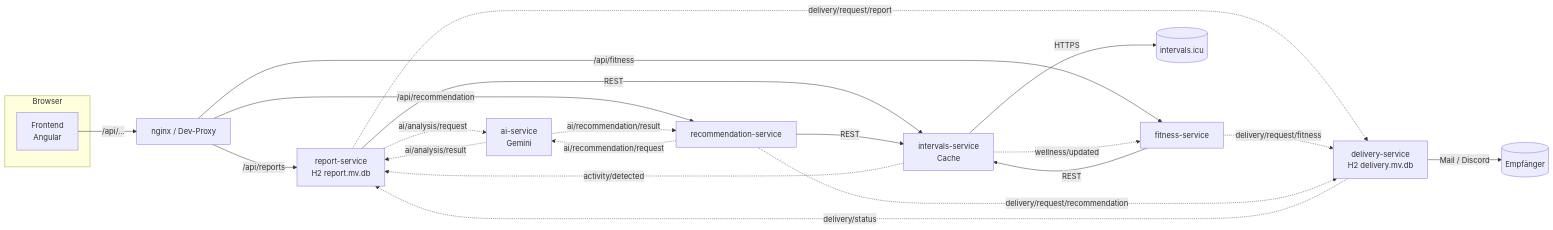
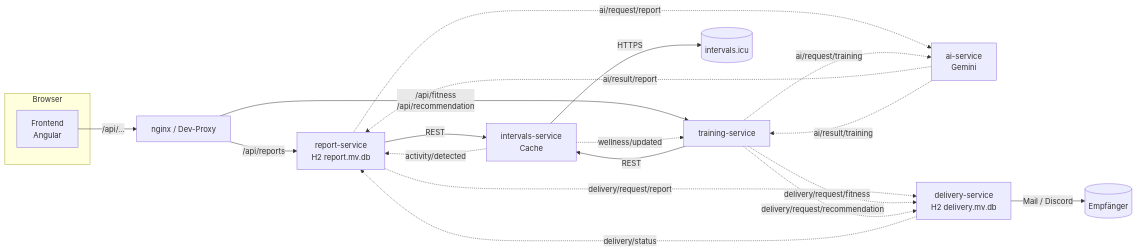
One commit to KlinkerD/Cycling_AI_Analyzer changed the first of 5 diagrams in docs/datenfluesse.md. Above: the diagram before and after it, drawn with Mermaid. The commit also changed other lines of this file and 145 other files, not shown here.

First line of the commit message:
Remove `fitness-service`, related contracts, and dependencies

````diff
--- a/docs/datenfluesse.md
+++ b/docs/datenfluesse.md
@@ -17,28 +17,26 @@
 ```mermaid
 flowchart LR
     subgraph Browser
         FE[Frontend<br/>Angular]
     end
     NG[nginx / Dev-Proxy]
     FE -->|/api/...| NG
     NG -->|/api/reports| RS[report-service<br/>H2 report.mv.db]
-    NG -->|/api/fitness| FS[fitness-service]
-    NG -->|/api/recommendation| RCS[recommendation-service]
+    NG -->|/api/fitness<br/>/api/recommendation| TS[training-service]
 
     RS -->|REST| IS[intervals-service<br/>Cache]
-    FS -->|REST| IS
-    RCS -->|REST| IS
+    TS -->|REST| IS
     IS -->|HTTPS| ICU[(intervals.icu)]
 
     IS -. activity/detected .-> RS
-    IS -. wellness/updated .-> FS
-    RS -. ai/analysis/request .-> AI[ai-service<br/>Gemini]
-    AI -. ai/analysis/result .-> RS
-    RCS -. ai/recommendation/request .-> AI
-    AI -. ai/recommendation/result .-> RCS
+    IS -. wellness/updated .-> TS
+    RS -. ai/request/report .-> AI[ai-service<br/>Gemini]
+    AI -. ai/result/report .-> RS
+    TS -. ai/request/training .-> AI
+    AI -. ai/result/training .-> TS
     RS -. delivery/request/report .-> DS[delivery-service<br/>H2 delivery.mv.db]
-    FS -. delivery/request/fitness .-> DS
-    RCS -. delivery/request/recommendation .-> DS
+    TS -. delivery/request/fitness .-> DS
+    TS -. delivery/request/recommendation .-> DS
     DS -. delivery/status .-> RS
     DS -->|Mail / Discord| OUT[(Empfänger)]
 ```
````
